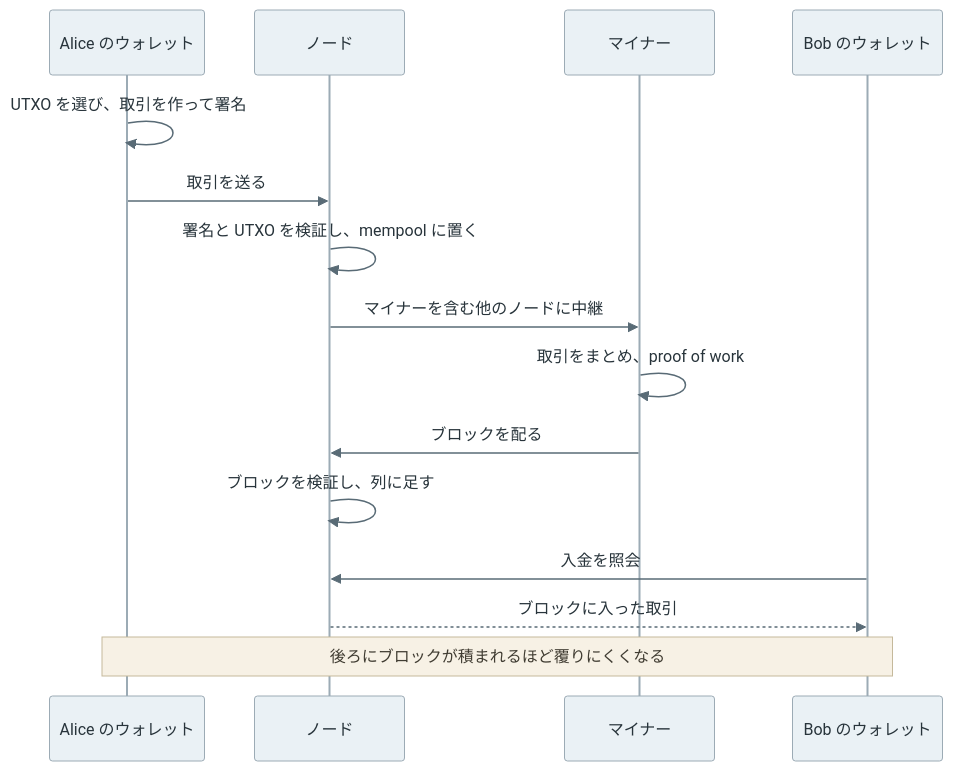
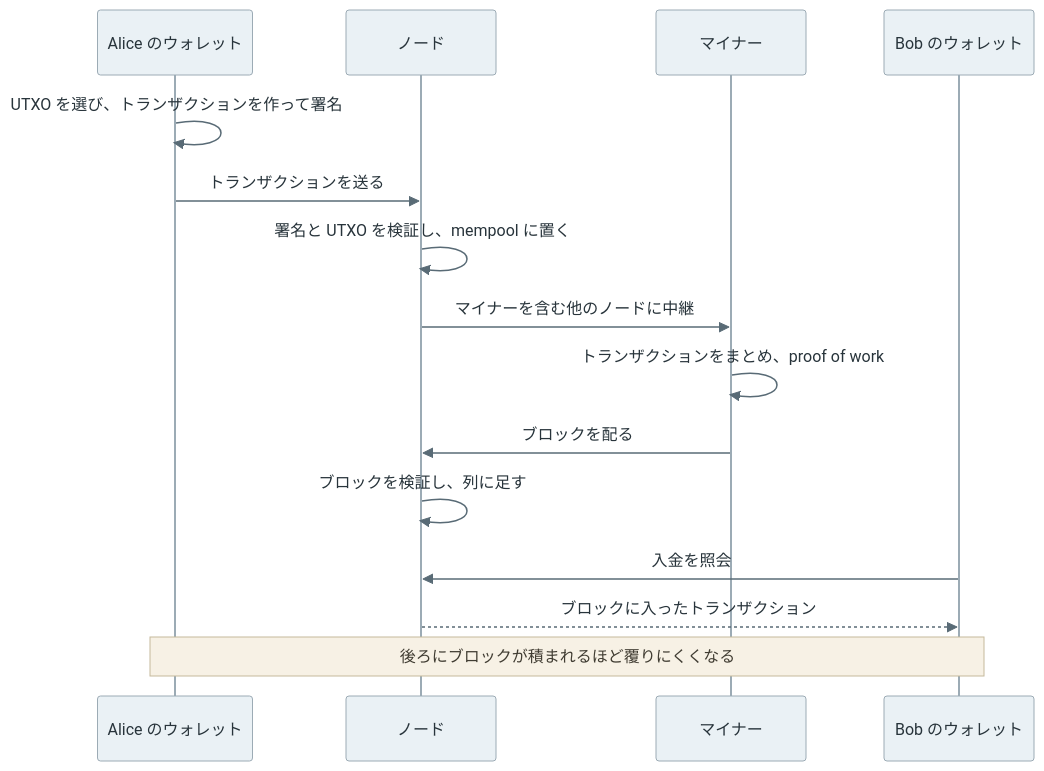
Before and after one commit to nao1215/debimate: the fifth of 5 diagrams in content/notes/blockchain-systems/blockchain-basics/index.md, drawn with Mermaid. The commit also changed other lines of this file and 12 other files, not shown here.

````diff
--- a/content/notes/blockchain-systems/blockchain-basics/index.md
+++ b/content/notes/blockchain-systems/blockchain-basics/index.md
@@ -172,18 +172,18 @@
 ```mermaid
 %%{init: {"theme":"base","themeVariables":{"primaryColor":"#eaf1f5","primaryTextColor":"#28343b","primaryBorderColor":"#9cabb5","lineColor":"#596b76","textColor":"#28343b","actorBkg":"#eaf1f5","actorBorder":"#9cabb5","actorTextColor":"#28343b","actorLineColor":"#9cabb5","signalColor":"#596b76","signalTextColor":"#28343b","noteBkgColor":"#f7f1e5","noteBorderColor":"#c5b99b","noteTextColor":"#403c32","activationBkgColor":"#edf3ef","activationBorderColor":"#9aafa1"}}}%%
 sequenceDiagram
     participant A as Alice のウォレット
     participant N as ノード
     participant M as マイナー
     participant B as Bob のウォレット
-    A->>A: UTXO を選び、取引を作って署名
-    A->>N: 取引を送る
+    A->>A: UTXO を選び、トランザクションを作って署名
+    A->>N: トランザクションを送る
     N->>N: 署名と UTXO を検証し、mempool に置く
     N->>M: マイナーを含む他のノードに中継
-    M->>M: 取引をまとめ、proof of work
+    M->>M: トランザクションをまとめ、proof of work
     M->>N: ブロックを配る
     N->>N: ブロックを検証し、列に足す
     B->>N: 入金を照会
-    N-->>B: ブロックに入った取引
+    N-->>B: ブロックに入ったトランザクション
     Note over A,B: 後ろにブロックが積まれるほど覆りにくくなる
 ```
````
